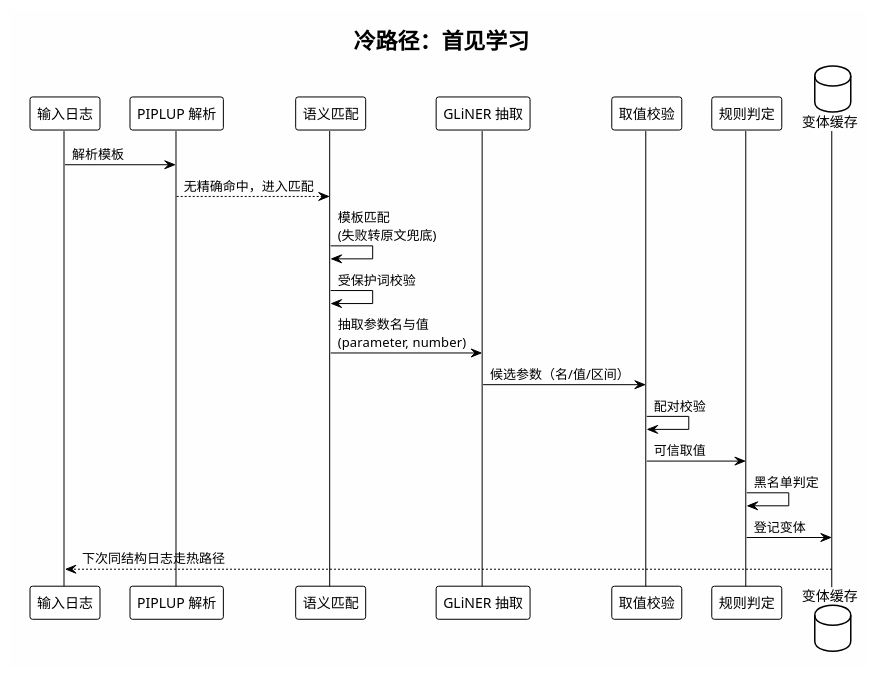
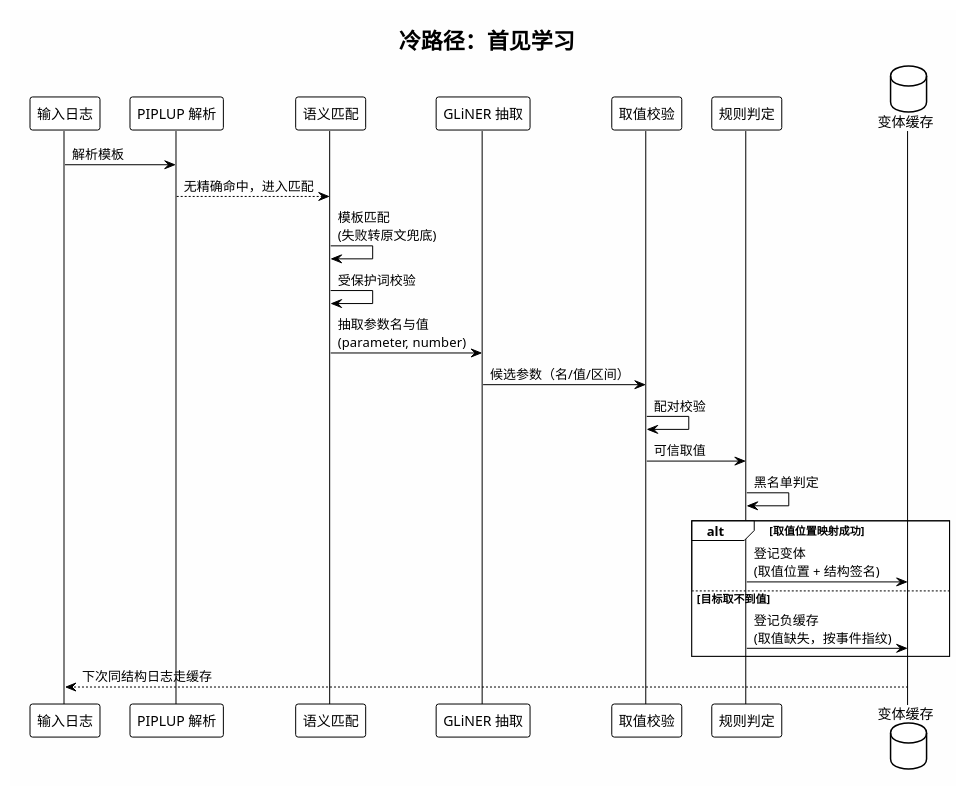
The sixth of 13 diagrams in LogNet3.0方案设计与实现文档.md (HouMonKy/TIG-PIPLUP), drawn with PlantUML before and after one commit. The commit also changed other lines of this file, not shown here.

Commit message:
docs: 技术点二补负缓存——5.1 概述第三类结构（能路由但取不到值）、模块表、冷热时序图分支；新增 5.5.3 负缓存：按事件指纹记住取值缺失结构，同结构零模型判缺；只缓存取值缺失（按值缓存会让同结构不同值复现旧值、整批误报）

````diff
--- a/LogNet3.0方案设计与实现文档.md
+++ b/LogNet3.0方案设计与实现文档.md
@@ -501,30 +503,34 @@
 ```plantuml
 @startuml Parameter_Cold_Sequence
 !theme plain
 skinparam backgroundColor #FEFEFE
 skinparam shadowing false
 
 title 冷路径：首见学习
 
 participant "输入日志" as Log
 participant "PIPLUP 解析" as Parse
 participant "语义匹配" as Match
 participant "GLiNER 抽取" as GLiNER
 participant "取值校验" as Guard
 participant "规则判定" as Rule
 database "变体缓存" as Store
 
 Log -> Parse: 解析模板
 Parse --> Match: 无精确命中，进入匹配
 Match -> Match: 模板匹配\n(失败转原文兜底)
 Match -> Match: 受保护词校验
 Match -> GLiNER: 抽取参数名与值\n(parameter, number)
 GLiNER -> Guard: 候选参数（名/值/区间）
 Guard -> Guard: 配对校验
 Guard -> Rule: 可信取值
 Rule -> Rule: 黑名单判定
-Rule -> Store: 登记变体
-Store --> Log: 下次同结构日志走热路径
+alt 取值位置映射成功
+    Rule -> Store: 登记变体\n(取值位置 + 结构签名)
+else 目标取不到值
+    Rule -> Store: 登记负缓存\n(取值缺失，按事件指纹)
+end
+Store --> Log: 下次同结构日志走缓存
 
 @enduml
 ```
````
